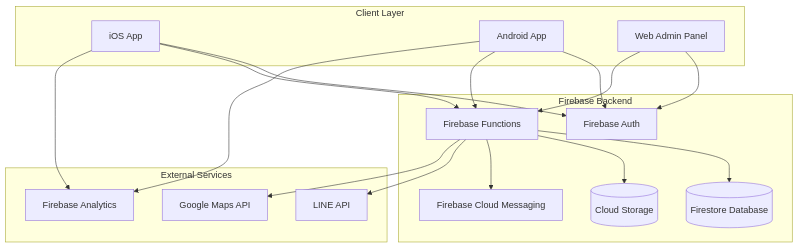
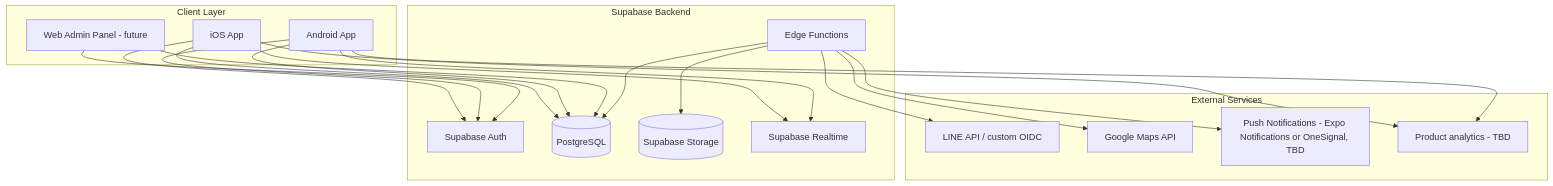
The first of 3 diagrams in docs/design/system-architecture.md (franklin51/VolleyCircle), drawn with Mermaid before and after one commit. The commit also changed other lines of this file and 6 other files, not shown here.

First line of the commit message:
docs: reconcile system-architecture and roadmap with Supabase/Expo, drop firebase.md

````diff
--- a/docs/design/system-architecture.md
+++ b/docs/design/system-architecture.md
@@ -40,38 +42,41 @@
 ```mermaid
 graph TB
     subgraph "Client Layer"
         iOS[iOS App]
         Android[Android App]
-        Web[Web Admin Panel]
+        Web[Web Admin Panel - future]
     end
-    
-    subgraph "Firebase Backend"
-        Auth[Firebase Auth]
-        Functions[Firebase Functions]
-        Firestore[(Firestore Database)]
-        Storage[(Cloud Storage)]
-        FCM[Firebase Cloud Messaging]
+
+    subgraph "Supabase Backend"
+        Auth[Supabase Auth]
+        EdgeFn[Edge Functions]
+        Postgres[(PostgreSQL)]
+        Storage[(Supabase Storage)]
+        Realtime[Supabase Realtime]
     end
-    
+
     subgraph "External Services"
-        LINE[LINE API]
+        LINE[LINE API / custom OIDC]
         Maps[Google Maps API]
-        Analytics[Firebase Analytics]
+        Push[Push Notifications - Expo Notifications or OneSignal, TBD]
+        Analytics[Product analytics - TBD]
     end
-    
+
     iOS --> Auth
     Android --> Auth
     Web --> Auth
-    iOS --> Functions
-    Android --> Functions
-    Web --> Functions
-    
-    Functions --> Firestore
-    Functions --> Storage
-    Functions --> FCM
-    Functions --> LINE
-    Functions --> Maps
-    
+    iOS --> Postgres
+    Android --> Postgres
+    Web --> Postgres
+    iOS --> Realtime
+    Android --> Realtime
+
+    EdgeFn --> Postgres
+    EdgeFn --> Storage
+    EdgeFn --> Push
+    EdgeFn --> LINE
+    EdgeFn --> Maps
+
     iOS --> Analytics
     Android --> Analytics
 ```
````
